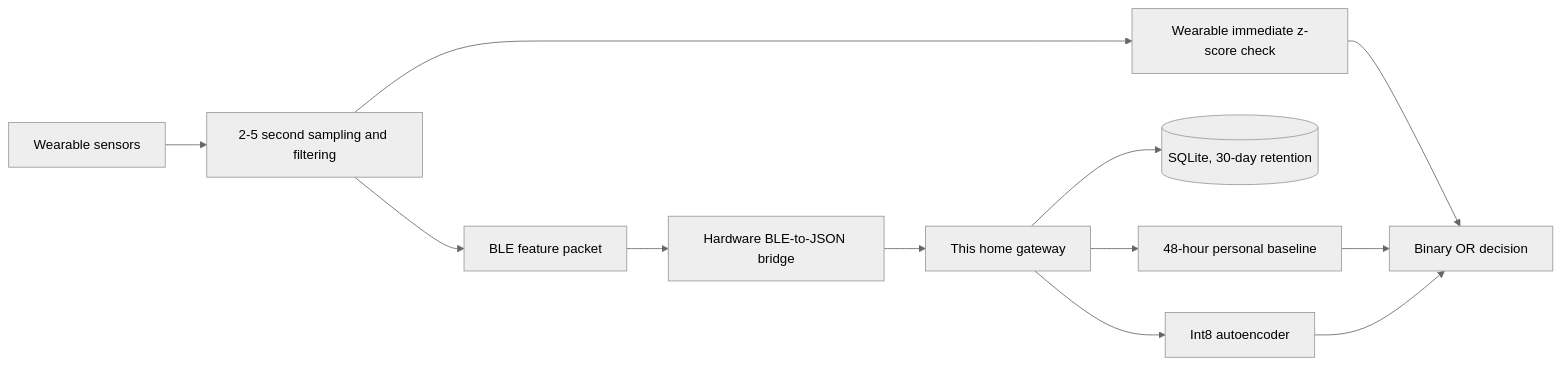
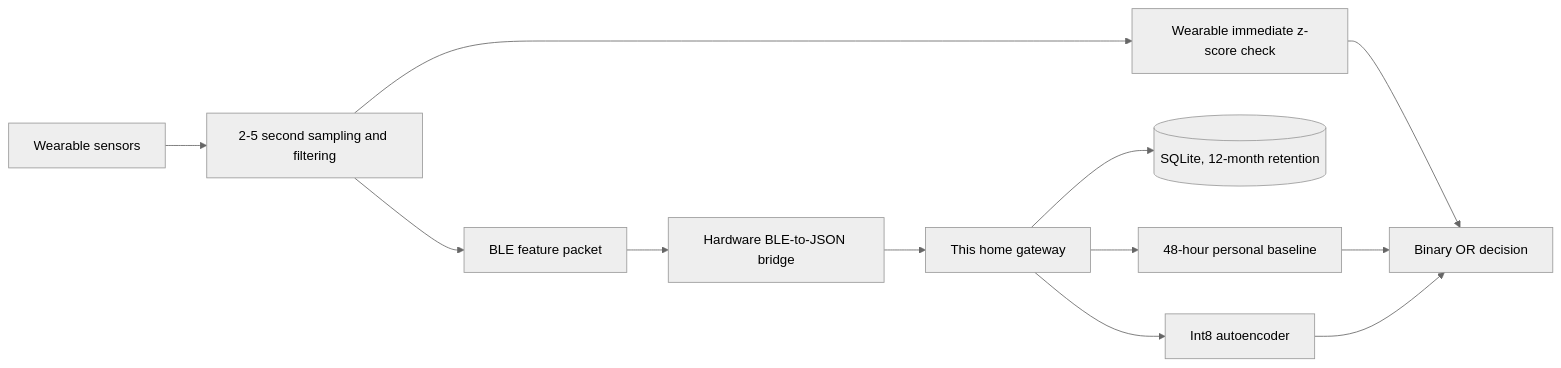
One commit to Sammybams/home-health-monitor changed the diagram in README.md. Above: the diagram before and after it, drawn with Mermaid (neutral theme). The commit also changed other lines of this file and 4 other files, not shown here.

````diff
--- a/README.md
+++ b/README.md
@@ -22,14 +22,14 @@
 ```mermaid
 flowchart LR
     S[Wearable sensors] --> F[2-5 second sampling and filtering]
     F --> W[Wearable immediate z-score check]
     F --> B[BLE feature packet]
     B --> J[Hardware BLE-to-JSON bridge]
     J --> G[This home gateway]
-    G --> D[(SQLite, 30-day retention)]
+    G --> D[(SQLite, 12-month retention)]
     G --> P[48-hour personal baseline]
     G --> A[Int8 autoencoder]
     W --> O[Binary OR decision]
     P --> O
     A --> O
 ```
````
